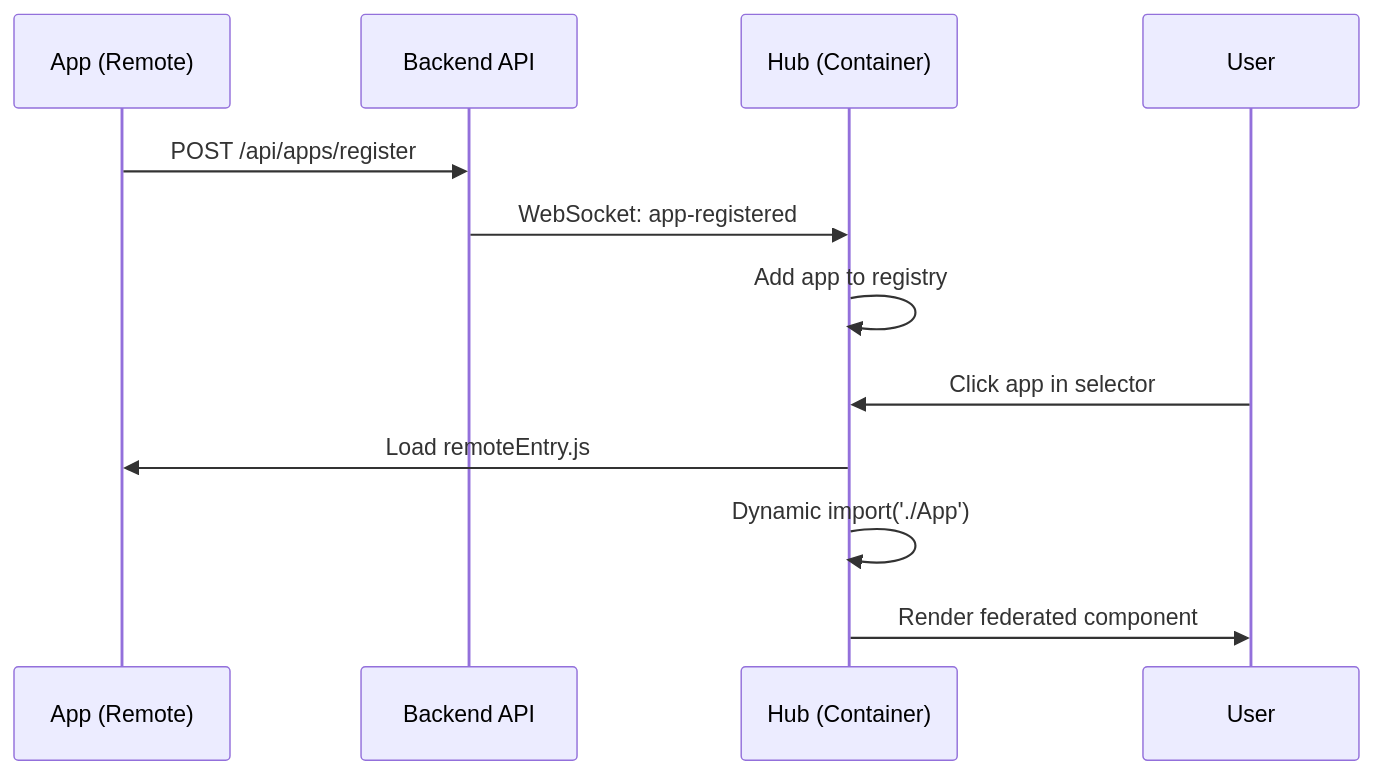
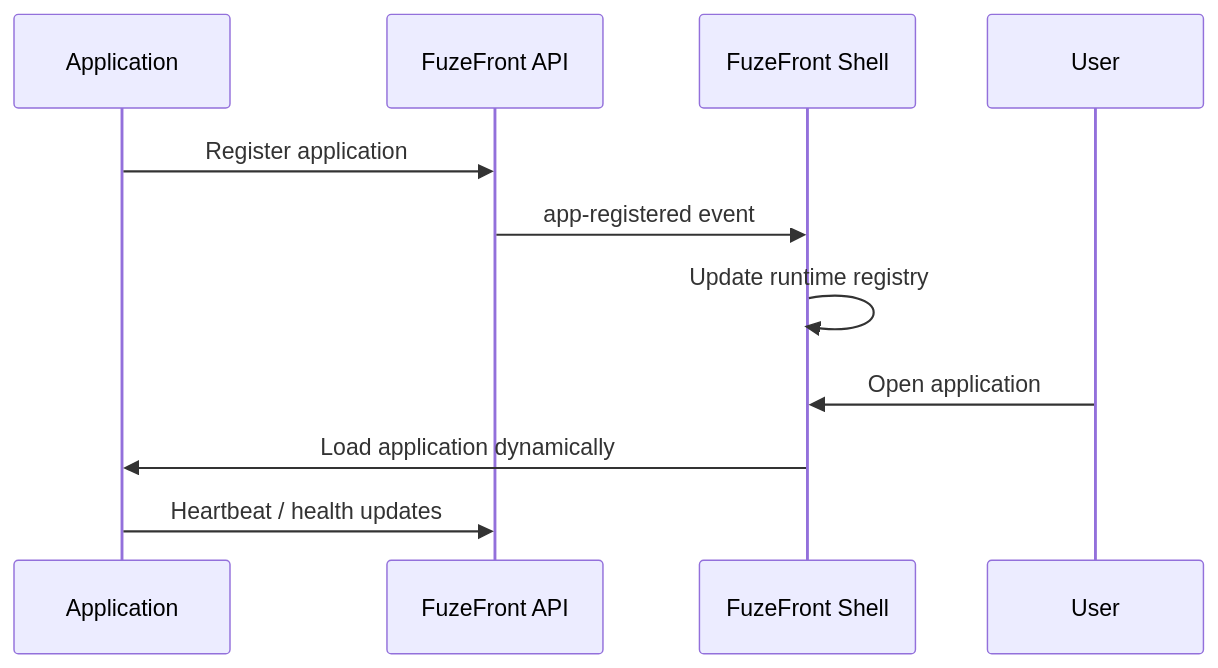
The diagram in README.md (izzywdev/FuzeFront), drawn with Mermaid before and after one commit. The commit also changed other lines of this file, not shown here.

Commit message:
docs(readme): present Fuze as a software factory platform

````diff
--- a/README.md
+++ b/README.md
@@ -183,14 +268,14 @@
 ```mermaid
 sequenceDiagram
-    participant A as App (Remote)
-    participant B as Backend API
-    participant H as Hub (Container)
+    participant A as Application
+    participant B as FuzeFront API
+    participant H as FuzeFront Shell
+    participant U as User
 
-    A->>B: POST /api/apps/register
-    B->>H: WebSocket: app-registered
-    H->>H: Add app to registry
-    User->>H: Click app in selector
-    H->>A: Load remoteEntry.js
-    H->>H: Dynamic import('./App')
-    H->>User: Render federated component
+    A->>B: Register application
+    B->>H: app-registered event
+    H->>H: Update runtime registry
+    U->>H: Open application
+    H->>A: Load application dynamically
+    A->>B: Heartbeat / health updates
 ```
````
